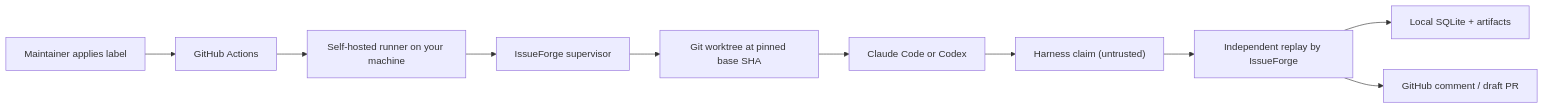
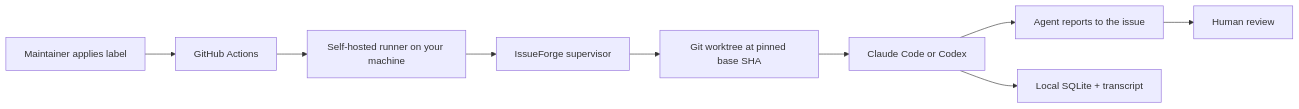
One commit to vietnamesekid/issueforge changed the diagram in README.md. Above: the diagram before and after it, drawn with Mermaid. The commit also changed other lines of this file and 1 other file, not shown here.

````diff
--- a/README.md
+++ b/README.md
@@ -45,12 +50,11 @@
 ```mermaid
 flowchart LR
   A["Maintainer applies label"] --> B["GitHub Actions"]
   B --> C["Self-hosted runner on your machine"]
   C --> D["IssueForge supervisor"]
   D --> E["Git worktree at pinned base SHA"]
   E --> F["Claude Code or Codex"]
-  F --> G["Harness claim (untrusted)"]
-  G --> V["Independent replay by IssueForge"]
-  V --> H["Local SQLite + artifacts"]
-  V --> I["GitHub comment / draft PR"]
+  F --> G["Agent reports to the issue"]
+  F --> H["Local SQLite + transcript"]
+  G --> R["Human review"]
 ```
````
